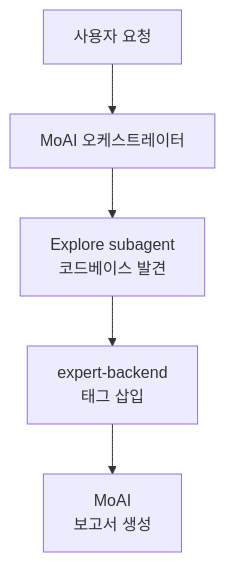
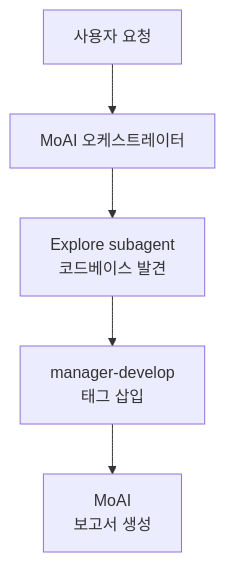
Before and after one commit to modu-ai/moai-adk: the second of 2 diagrams in docs-site/content/ko/utility-commands/moai-mx.md, drawn with Mermaid. The commit also changed 153 other files, not shown here.

````diff
--- a/docs-site/content/ko/utility-commands/moai-mx.md
+++ b/docs-site/content/ko/utility-commands/moai-mx.md
@@ -154,7 +154,7 @@
 ```mermaid
 flowchart TD
     User["사용자 요청"] --> MoAI["MoAI 오케스트레이터"]
     MoAI --> Explore["Explore subagent<br/>코드베이스 발견"]
-    Explore --> Backend["expert-backend<br/>태그 삽입"]
+    Explore --> Backend["manager-develop<br/>태그 삽입"]
     Backend --> Report["MoAI<br/>보고서 생성"]
 ```
````
